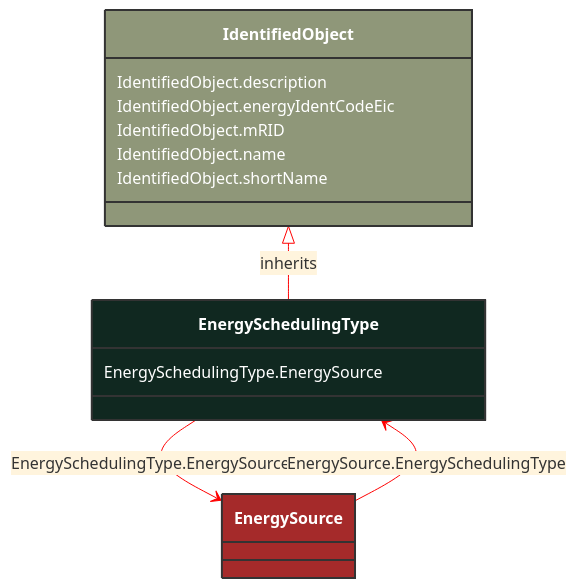
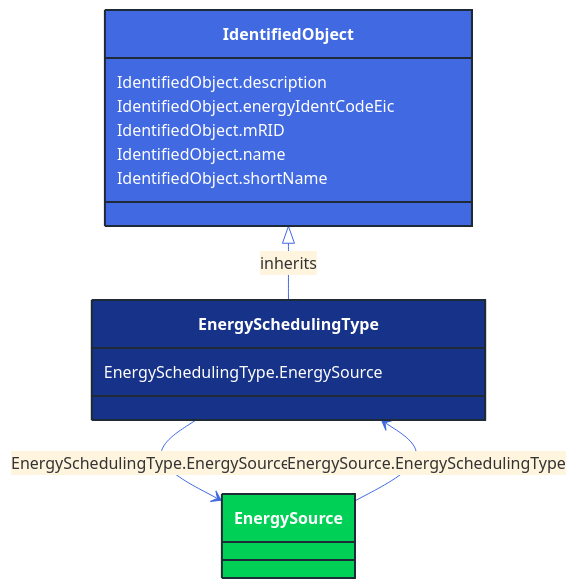
One commit to 3lbits/NoCIMExtensions changed the diagram in docs/Models/Profiles/CoreEquipment/ConcreteClasses/EnergySchedulingType.md. Above: the diagram before and after it, drawn with Mermaid. The commit also changed 362 other files, not shown here.

First line of the commit message:
Update diagrams and styles for improved visual consistency

````diff
--- a/docs/Models/Profiles/CoreEquipment/ConcreteClasses/EnergySchedulingType.md
+++ b/docs/Models/Profiles/CoreEquipment/ConcreteClasses/EnergySchedulingType.md
@@ -8,31 +8,31 @@
 ```mermaid
-%%{init: {'theme':'base','themeVariables': {'lineColor': '#FF0000'}}}%%
+%%{init: {'theme':'base','themeVariables': {'lineColor': '#4169E1'}}}%%
 classDiagram
     class EnergySchedulingType
     click EnergySchedulingType href "/Models/Profiles/CoreEquipment/ConcreteClasses/EnergySchedulingType/"
-    style EnergySchedulingType fill:#102820,stroke:#333,stroke-width:2px,rx:10,ry:10,color:white
+    style EnergySchedulingType fill:#163289,stroke:#1F2A37,stroke-width:2px,rx:10,ry:10,color:white
      
         IdentifiedObject <|-- EnergySchedulingType : inherits
             click IdentifiedObject href "/Models/Profiles/CoreEquipment/AbstractClasses/IdentifiedObject/"
-            style IdentifiedObject fill:#8F9779,stroke:#333,stroke-width:2px,rx:10,ry:10,color:white
+            style IdentifiedObject fill:#4169E1,stroke:#1F2A37,stroke-width:2px,rx:10,ry:10,color:white
 
         EnergySchedulingType --> EnergySource : EnergySchedulingType.EnergySource
 
         EnergySource
             click EnergySource href "/Models/Profiles/CoreEquipment/ConcreteClasses/EnergySource/"
-            style EnergySource fill:#A52A2A,stroke:#333,stroke-width:2px,rx:10,ry:10,color:white
+            style EnergySource fill:#00D156,stroke:#1F2A37,stroke-width:2px,rx:10,ry:10,color:white
 
         EnergySource --> EnergySchedulingType : EnergySource.EnergySchedulingType
 
         EnergySource
             click EnergySource href "/Models/Profiles/CoreEquipment/ConcreteClasses/EnergySource/"
-            style EnergySource fill:#A52A2A,stroke:#333,stroke-width:2px,rx:10,ry:10,color:white
+            style EnergySource fill:#00D156,stroke:#1F2A37,stroke-width:2px,rx:10,ry:10,color:white
 
 
         EnergySchedulingType : EnergySchedulingType.EnergySource
         IdentifiedObject : IdentifiedObject.description
         IdentifiedObject : IdentifiedObject.energyIdentCodeEic
         IdentifiedObject : IdentifiedObject.mRID
         IdentifiedObject : IdentifiedObject.name
         IdentifiedObject : IdentifiedObject.shortName
 ```
````
